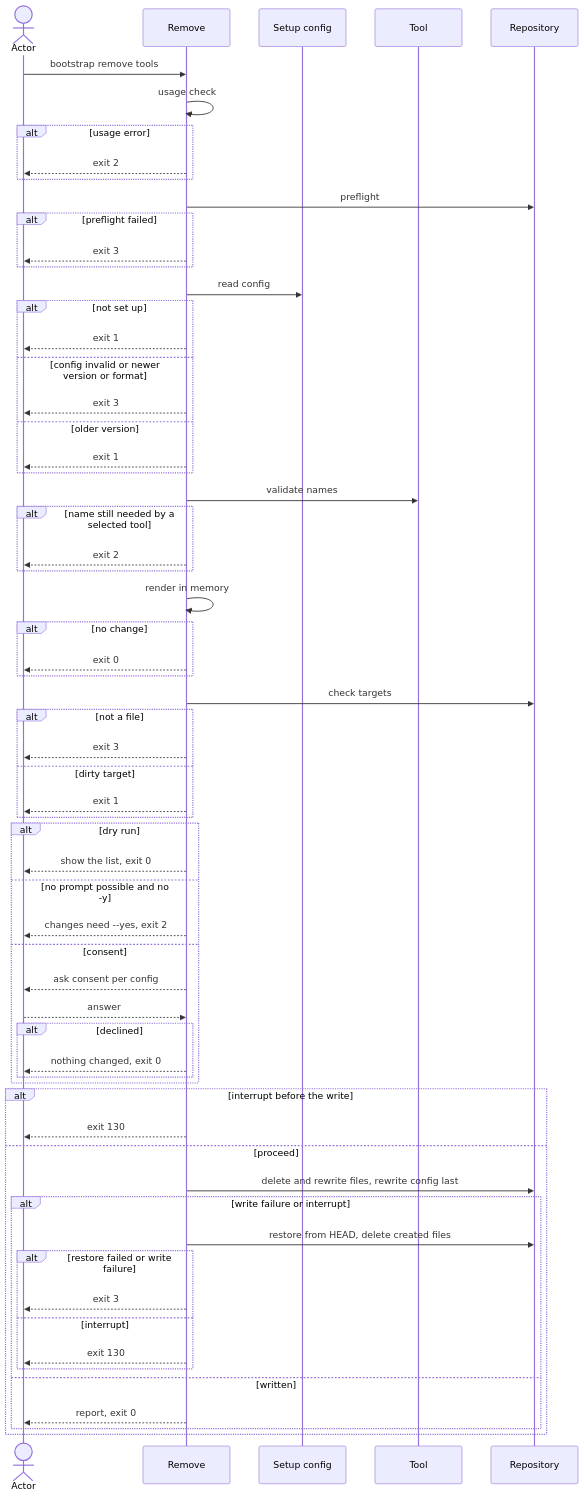
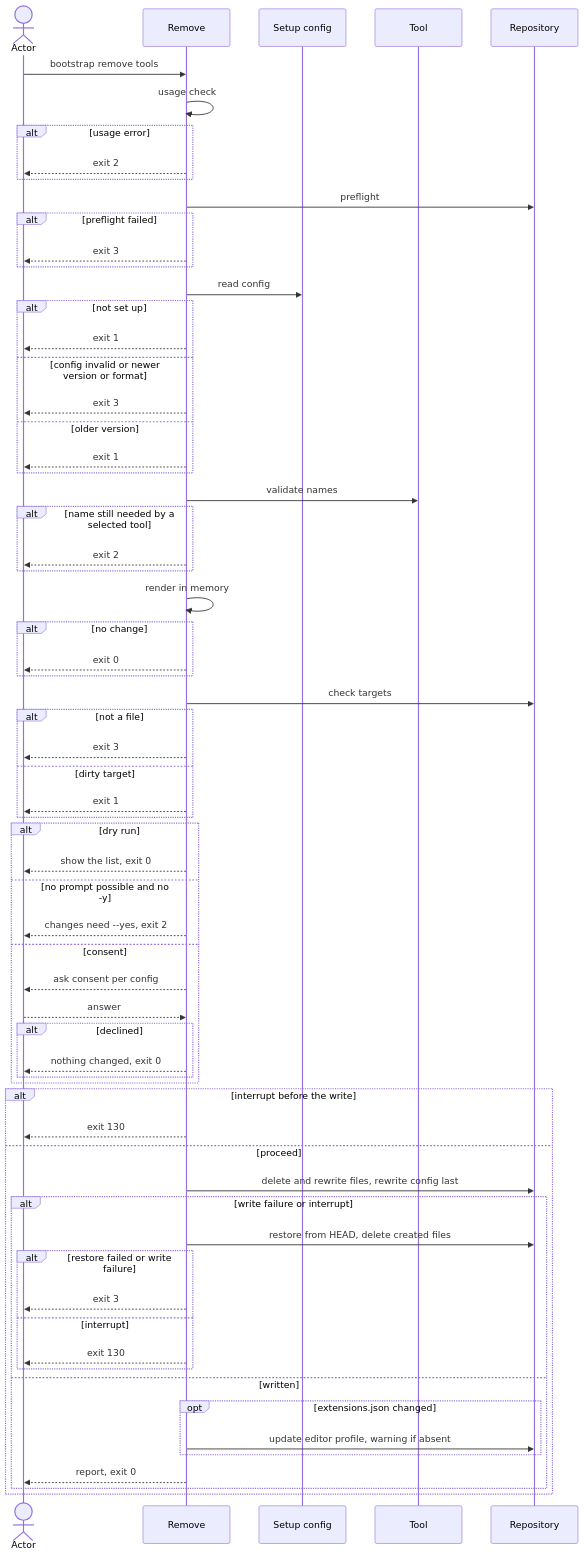
The diagram in docs/blueprint/flows/cli/150-remove-tool/index.md (virajp/bootstrap), drawn with Mermaid before and after one commit. The commit also changed other lines of this file and 15 other files, not shown here.

````diff
--- a/docs/blueprint/flows/cli/150-remove-tool/index.md
+++ b/docs/blueprint/flows/cli/150-remove-tool/index.md
@@ -177,65 +204,68 @@
 ```mermaid
 sequenceDiagram
     actor O as Actor
     participant M as Remove
     participant C as Setup config
     participant G as Tool
     participant R as Repository
     O->>M: bootstrap remove tools
     M->>M: usage check
     alt usage error
         M-->>O: exit 2
     end
     M->>R: preflight
     alt preflight failed
         M-->>O: exit 3
     end
     M->>C: read config
     alt not set up
         M-->>O: exit 1
     else config invalid or newer version or format
         M-->>O: exit 3
     else older version
         M-->>O: exit 1
     end
     M->>G: validate names
     alt name still needed by a selected tool
         M-->>O: exit 2
     end
     M->>M: render in memory
     alt no change
         M-->>O: exit 0
     end
     M->>R: check targets
     alt not a file
         M-->>O: exit 3
     else dirty target
         M-->>O: exit 1
     end
     alt dry run
         M-->>O: show the list, exit 0
     else no prompt possible and no -y
         M-->>O: changes need --yes, exit 2
     else consent
         M-->>O: ask consent per config
         O-->>M: answer
         alt declined
             M-->>O: nothing changed, exit 0
         end
     end
     alt interrupt before the write
         M-->>O: exit 130
     else proceed
         M->>R: delete and rewrite files, rewrite config last
         alt write failure or interrupt
             M->>R: restore from HEAD, delete created files
             alt restore failed or write failure
                 M-->>O: exit 3
             else interrupt
                 M-->>O: exit 130
             end
         else written
+            opt extensions.json changed
+                M->>R: update editor profile, warning if absent
+            end
             M-->>O: report, exit 0
         end
     end
 ```
````
